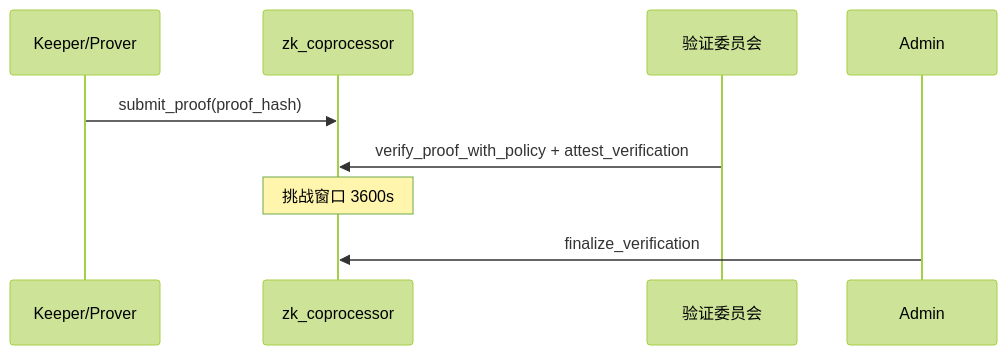
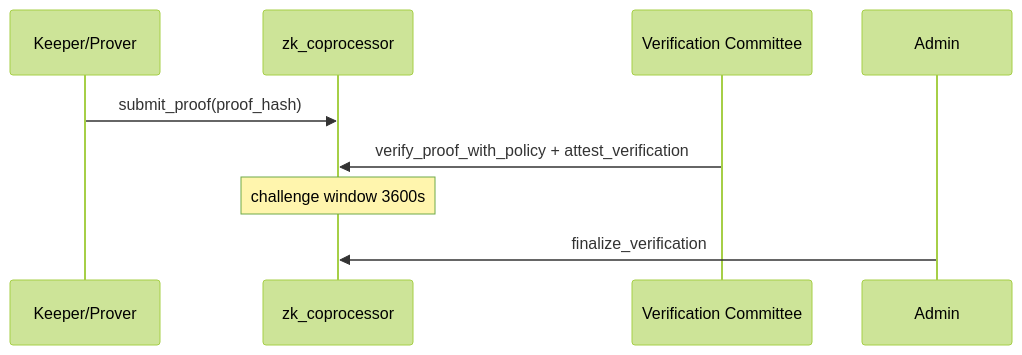
One commit to bamaao/x-market changed the third of 3 diagrams in docs/test-cases.md. Above: the diagram before and after it, drawn with Mermaid (forest theme). The commit also changed other lines of this file and 93 other files, not shown here.

````diff
--- a/docs/test-cases.md
+++ b/docs/test-cases.md
@@ -405,12 +407,12 @@
 ```mermaid
 sequenceDiagram
     participant K as Keeper/Prover
     participant Z as zk_coprocessor
-    participant V as 验证委员会
+    participant V as Verification Committee
     participant A as Admin
 
     K->>Z: submit_proof(proof_hash)
     V->>Z: verify_proof_with_policy + attest_verification
-    Note over Z: 挑战窗口 3600s
+    Note over Z: challenge window 3600s
     A->>Z: finalize_verification
 ```
````
